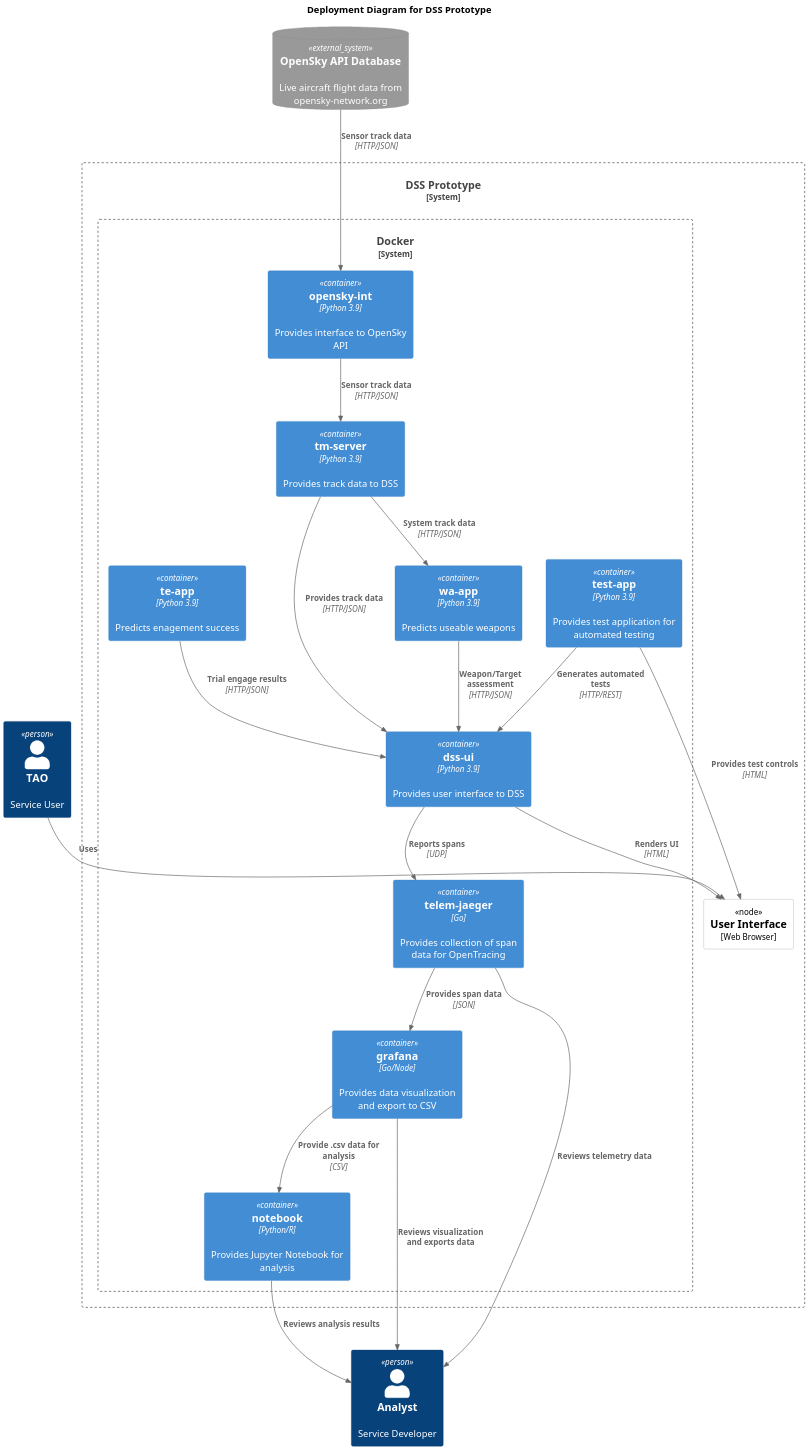
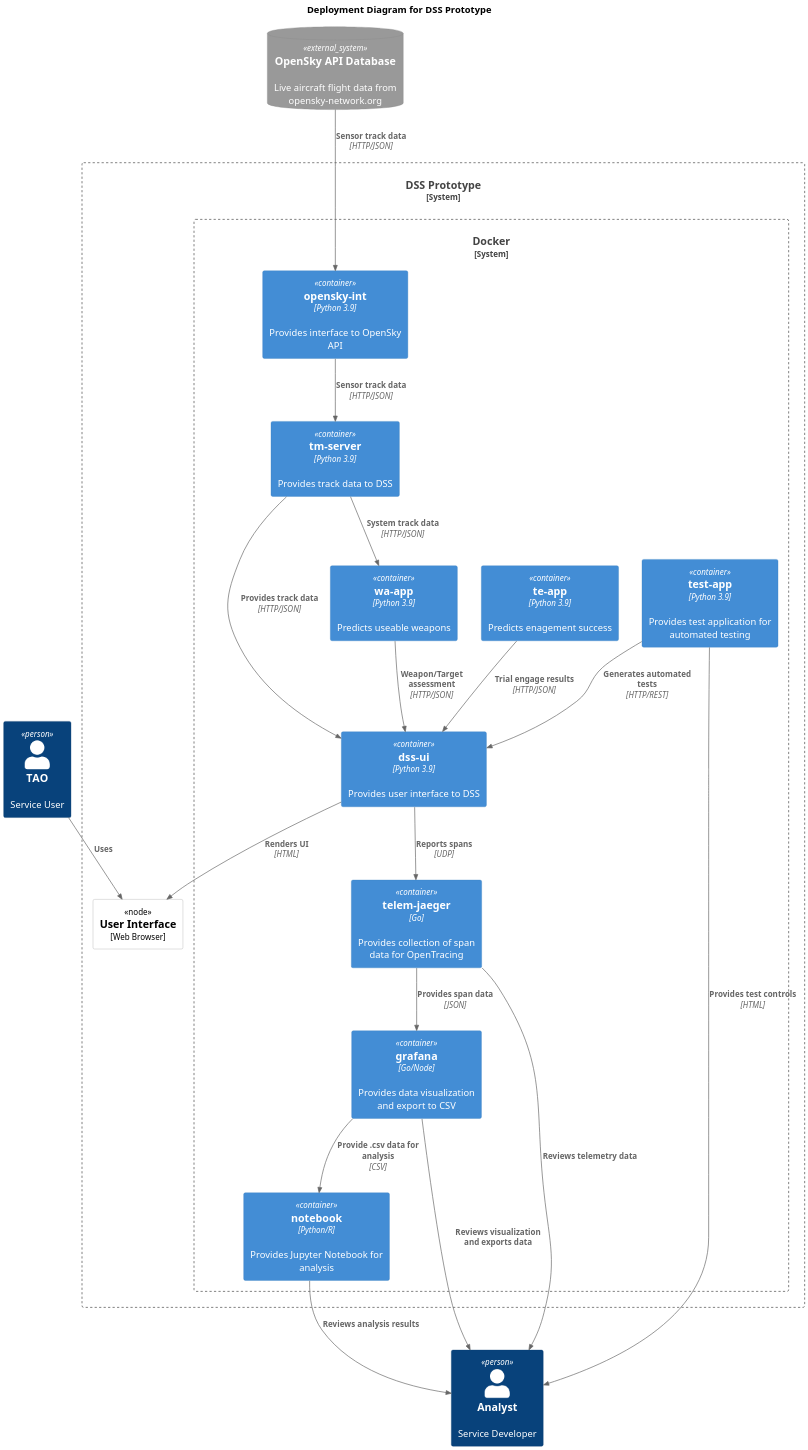
The third of 3 diagrams in doc/software-design/dss-prototype-sw-design.puml (amurp003/dss-prototype), drawn with PlantUML before and after one commit. The commit also changed other lines of this file and 6 other files, not shown here.

```diff
--- a/doc/software-design/dss-prototype-sw-design.puml
+++ b/doc/software-design/dss-prototype-sw-design.puml
@@ -67,53 +66,53 @@
 @startuml Deployment Diagram
 skinparam dpi 200
 !include https://raw.githubusercontent.com/plantuml-stdlib/C4-PlantUML/master/C4_Deployment.puml
 ' uncomment the following line and comment the first to use locally
 ' !include C4_Deployment.puml
 
 
 ' LAYOUT_LANDSCAPE()
 
 title Deployment Diagram for DSS Prototype
 
 Person(tao, TAO, "Service User")
 Person(sme, Analyst, "Service Developer")
 SystemDb_Ext(C2, "OpenSky API Database", "Live aircraft flight data from opensky-network.org")
 
 System_Boundary(DSS, "DSS Prototype") {
     
     Deployment_Node(UI, "User Interface", "Web Browser")
     
     System_Boundary(pc, "Docker"){
         Container(DSSUI, "dss-ui", "Python 3.9", "Provides user interface to DSS")
         Container(TnE, "test-app", "Python 3.9", "Provides test application for automated testing")
  
         Container(TM, "tm-server", "Python 3.9", "Provides track data to DSS")
         Container(WA, "wa-app", "Python 3.9", "Predicts useable weapons")
         Container(TE, "te-app", "Python 3.9", "Predicts enagement success")
         Container(TI, "opensky-int", "Python 3.9", "Provides interface to OpenSky API")
         
         Container(NB, "notebook", "Python/R", "Provides Jupyter Notebook for analysis")
         Container(G, "grafana", "Go/Node", "Provides data visualization and export to CSV")
         Container(J, "telem-jaeger", "Go", "Provides collection of span data for OpenTracing")
     }
 }
 
 Rel(tao, UI, "Uses")
-Rel(TnE, UI, "Provides test controls", "HTML")
+Rel(TnE, sme, "Provides test controls", "HTML")
 Rel(DSSUI,UI, "Renders UI", "HTML")
 
 Rel(WA, DSSUI, "Weapon/Target assessment", "HTTP/JSON")
 Rel(TE, DSSUI, "Trial engage results", "HTTP/JSON")
 Rel(TnE,DSSUI, "Generates automated tests", "HTTP/REST")
 
 Rel(TM, WA, "System track data", "HTTP/JSON")
 Rel(C2,TI, "Sensor track data", "HTTP/JSON")
 Rel(TI, TM, "Sensor track data", "HTTP/JSON")
 Rel(TM,DSSUI, "Provides track data", "HTTP/JSON")
 Rel(DSSUI,J, "Reports spans", "UDP")
 Rel(J,G, "Provides span data", "JSON")
 Rel(G,NB, "Provide .csv data for analysis", "CSV")
 Rel(NB,sme, "Reviews analysis results")
 Rel(G,sme, "Reviews visualization and exports data")
 Rel(J,sme, "Reviews telemetry data")
 @enduml
```
